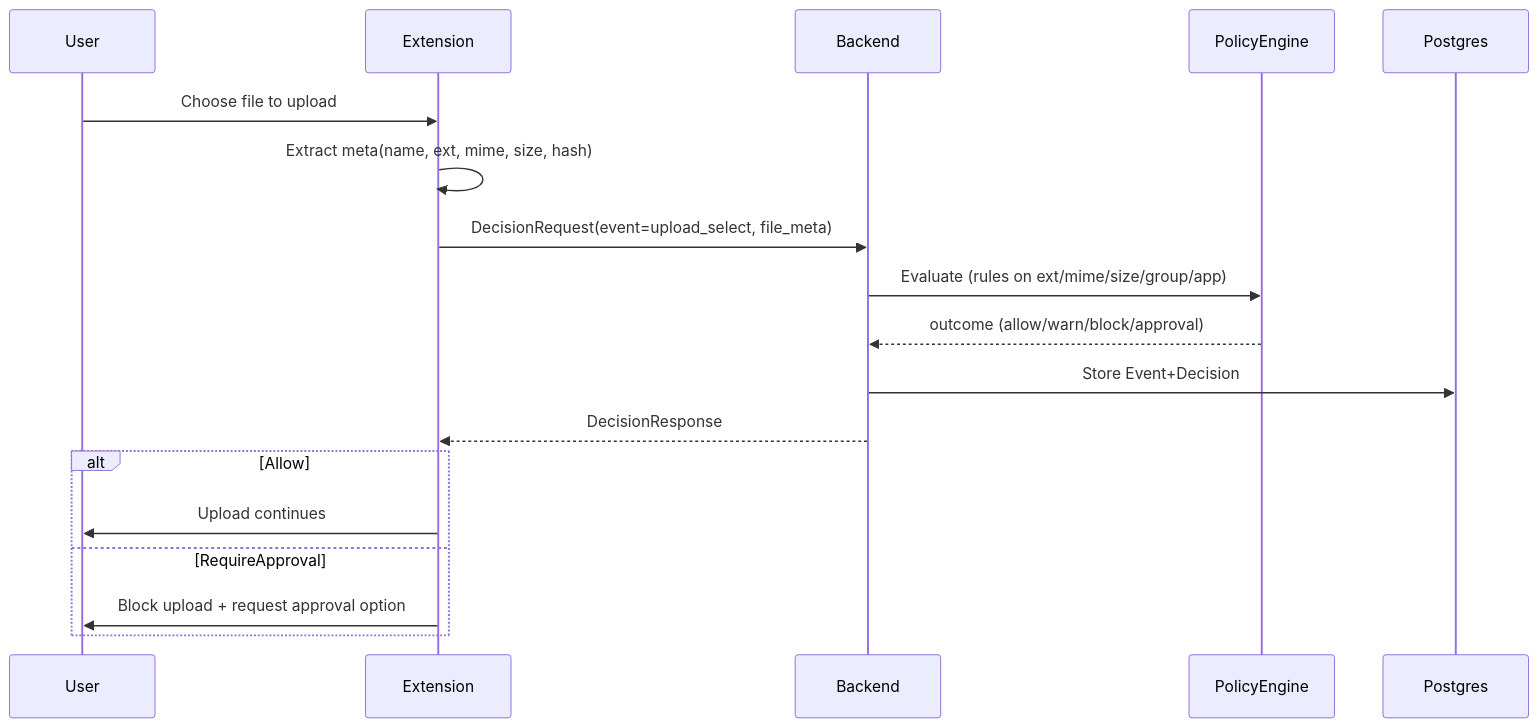
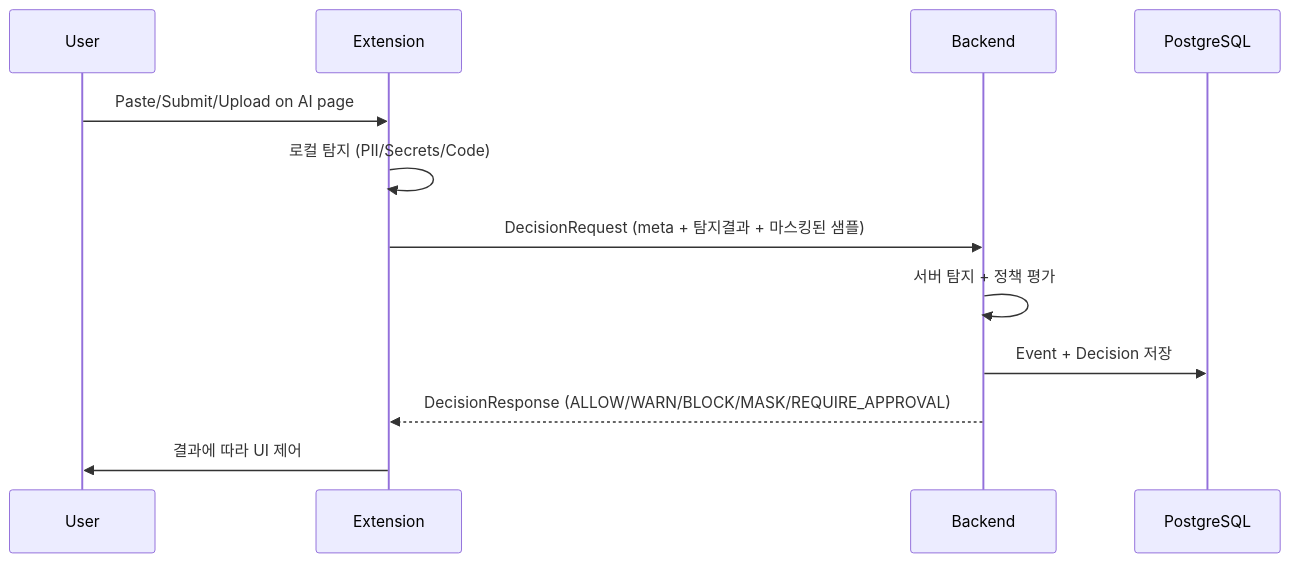
The second of 2 diagrams in README.md (wissens2024/ai-aware-sse), drawn with Mermaid before and after one commit. The commit also changed other lines of this file and 7 other files, not shown here.

````diff
--- a/README.md
+++ b/README.md
@@ -353,23 +101,15 @@
 ```mermaid
 sequenceDiagram
   participant U as User
   participant X as Extension
   participant B as Backend
-  participant P as PolicyEngine
-  participant DB as Postgres
+  participant DB as PostgreSQL
 
-  U->>X: Choose file to upload
-  X->>X: Extract meta(name, ext, mime, size, hash)
-  X->>B: DecisionRequest(event=upload_select, file_meta)
-  B->>P: Evaluate (rules on ext/mime/size/group/app)
-  P-->>B: outcome (allow/warn/block/approval)
-  B->>DB: Store Event+Decision
-  B-->>X: DecisionResponse
-
-  alt Allow
-    X->>U: Upload continues
-  else RequireApproval
-    X->>U: Block upload + request approval option
-  end
-
+  U->>X: Paste/Submit/Upload on AI page
+  X->>X: 로컬 탐지 (PII/Secrets/Code)
+  X->>B: DecisionRequest (meta + 탐지결과 + 마스킹된 샘플)
+  B->>B: 서버 탐지 + 정책 평가
+  B->>DB: Event + Decision 저장
+  B-->>X: DecisionResponse (ALLOW/WARN/BLOCK/MASK/REQUIRE_APPROVAL)
+  X->>U: 결과에 따라 UI 제어
 ```
````
